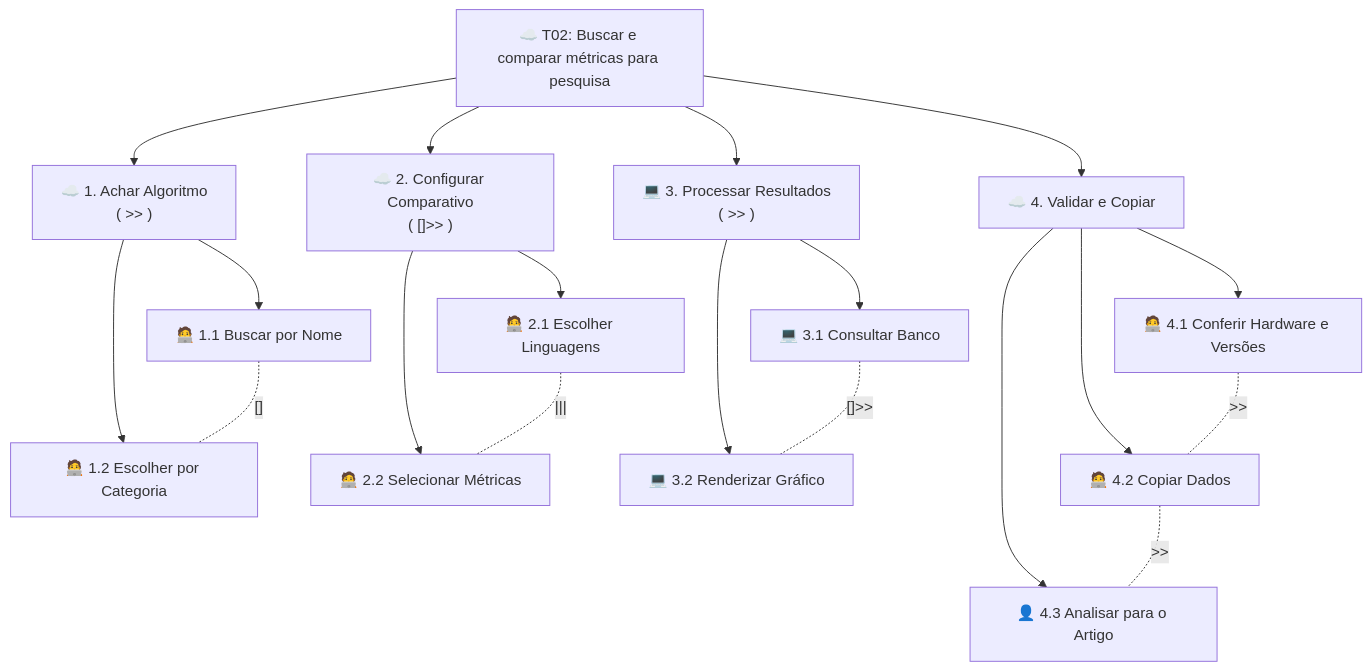
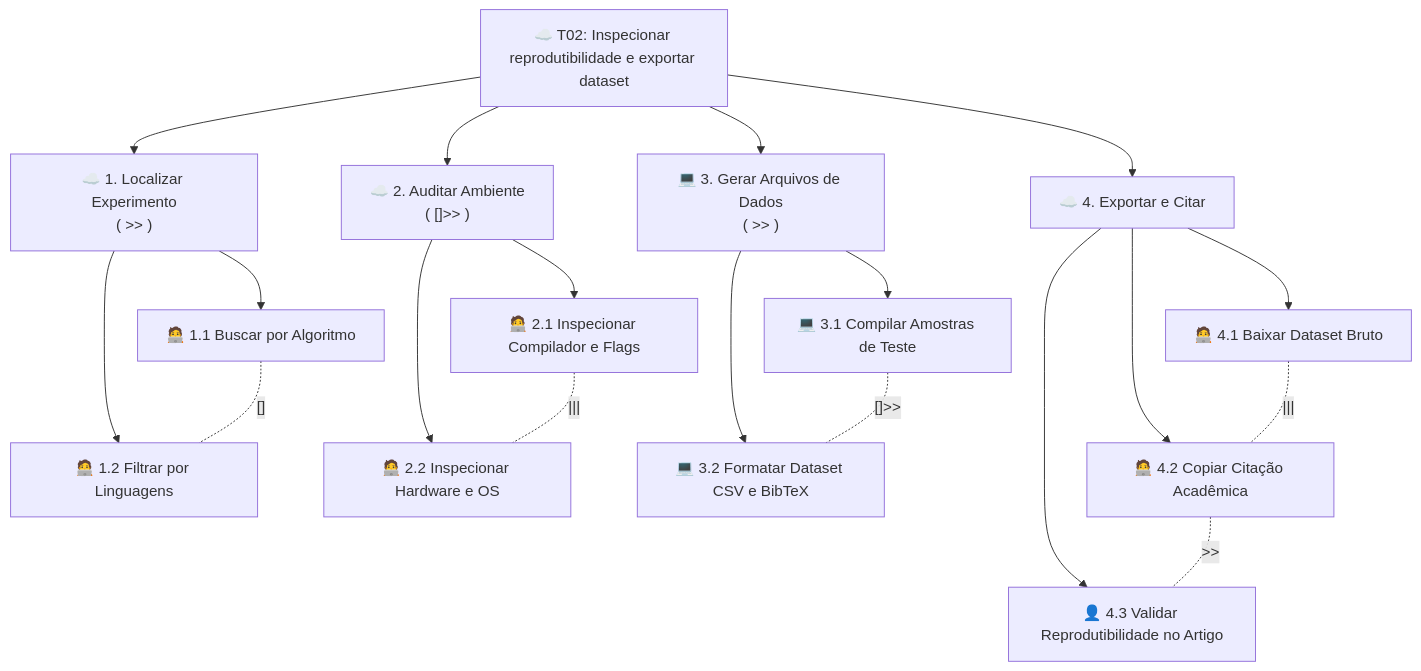
One commit to augustotx/ihc2026 changed the fourth of 4 diagrams in docs/05_analise_tarefas.md. Above: the diagram before and after it, drawn with Mermaid. The commit also changed other lines of this file, not shown here.

````diff
--- a/docs/05_analise_tarefas.md
+++ b/docs/05_analise_tarefas.md
@@ -376,45 +388,45 @@
 ```mermaid
 graph TD
-    T0["☁️ T02: Buscar e comparar métricas para pesquisa"]
+    T0["☁️ T02: Inspecionar reprodutibilidade e exportar dataset"]
 
-    T1["☁️ 1. Achar Algoritmo<br />( >> )"]
-    T2["☁️ 2. Configurar Comparativo<br />( []>> )"]
-    T3["💻 3. Processar Resultados<br />( >> )"]
-    T4["☁️ 4. Validar e Copiar"]
+    T1["☁️ 1. Localizar Experimento<br />( >> )"]
+    T2["☁️ 2. Auditar Ambiente<br />( []>> )"]
+    T3["💻 3. Gerar Arquivos de Dados<br />( >> )"]
+    T4["☁️ 4. Exportar e Citar"]
 
-    T1_1["🧑‍💻 1.1 Buscar por Nome"]
-    T1_2["🧑‍💻 1.2 Escolher por Categoria"]
+    T1_1["🧑‍💻 1.1 Buscar por Algoritmo"]
+    T1_2["🧑‍💻 1.2 Filtrar por Linguagens"]
 
-    T2_1["🧑‍💻 2.1 Escolher Linguagens"]
-    T2_2["🧑‍💻 2.2 Selecionar Métricas"]
+    T2_1["🧑‍💻 2.1 Inspecionar Compilador e Flags"]
+    T2_2["🧑‍💻 2.2 Inspecionar Hardware e OS"]
 
-    T3_1["💻 3.1 Consultar Banco"]
-    T3_2["💻 3.2 Renderizar Gráfico"]
+    T3_1["💻 3.1 Compilar Amostras de Teste"]
+    T3_2["💻 3.2 Formatar Dataset CSV e BibTeX"]
 
-    T4_1["🧑‍💻 4.1 Conferir Hardware e Versões"]
-    T4_2["🧑‍💻 4.2 Copiar Dados"]
-    T4_3["👤 4.3 Analisar para o Artigo"]
+    T4_1["🧑‍💻 4.1 Baixar Dataset Bruto"]
+    T4_2["🧑‍💻 4.2 Copiar Citação Acadêmica"]
+    T4_3["👤 4.3 Validar Reprodutibilidade no Artigo"]
 
     T0 --> T1
     T0 --> T2
     T0 --> T3
     T0 --> T4
 
     T1 --> T1_1
     T1 --> T1_2
     T1_1 -.-|"[]"| T1_2
 
     T2 --> T2_1
     T2 --> T2_2
     T2_1 -.-|"|||"| T2_2
 
     T3 --> T3_1
     T3 --> T3_2
     T3_1 -.-|"[]>>"| T3_2
 
     T4 --> T4_1
     T4 --> T4_2
     T4 --> T4_3
-    T4_1 -.-|">>"| T4_2
+    T4_1 -.-|"|||"| T4_2
     T4_2 -.-|">>"| T4_3
 ```
````
